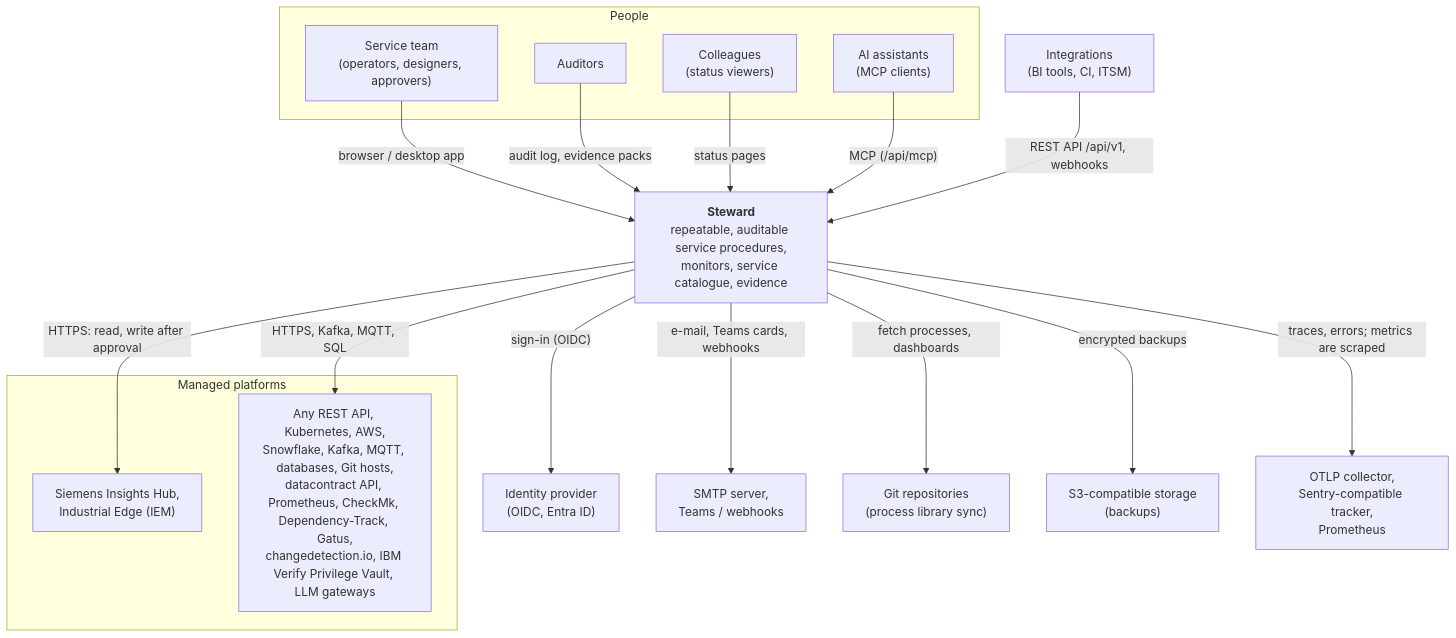
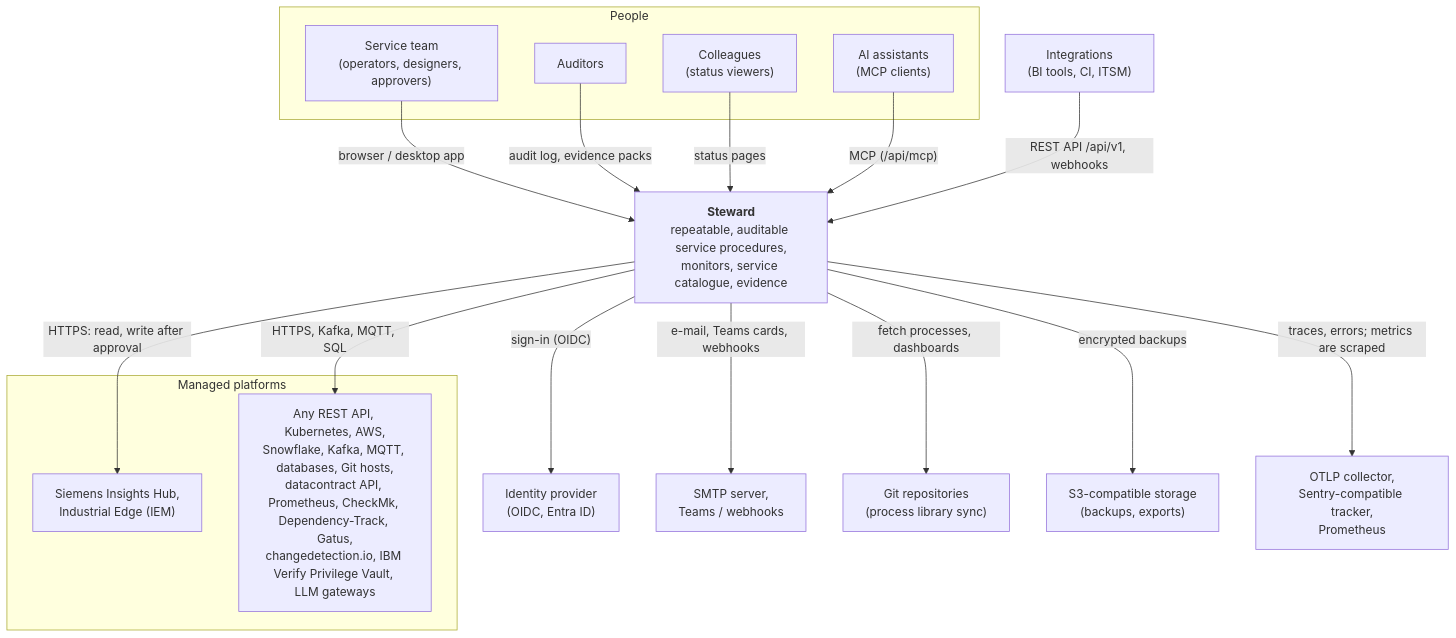
The first of 3 diagrams in docs/ARCHITECTURE.md (vxrz/Steward), drawn with Mermaid before and after one commit. The commit also changed other lines of this file and 2 other files, not shown here.

Commit message:
docs: point settings, architecture and getting started to the exports

````diff
--- a/docs/ARCHITECTURE.md
+++ b/docs/ARCHITECTURE.md
@@ -9,36 +9,36 @@
 ```mermaid
 flowchart TB
   subgraph people [People]
     ops["Service team<br/>(operators, designers, approvers)"]
     aud["Auditors"]
     viewers["Colleagues<br/>(status viewers)"]
     ai["AI assistants<br/>(MCP clients)"]
   end
 
   steward["<b>Steward</b><br/>repeatable, auditable service procedures,<br/>monitors, service catalogue, evidence"]
 
   subgraph platforms [Managed platforms]
     ih["Siemens Insights Hub,<br/>Industrial Edge (IEM)"]
     rest["Any REST API, Kubernetes, AWS,<br/>Snowflake, Kafka, MQTT, databases, Git hosts,<br/>datacontract API, Prometheus, CheckMk, Dependency-Track, Gatus,<br/>changedetection.io, IBM Verify Privilege Vault, LLM gateways"]
   end
 
   idp["Identity provider<br/>(OIDC, Entra ID)"]
   mail["SMTP server,<br/>Teams / webhooks"]
   git["Git repositories<br/>(process library sync)"]
-  s3["S3-compatible storage<br/>(backups)"]
+  s3["S3-compatible storage<br/>(backups, exports)"]
   obs["OTLP collector,<br/>Sentry-compatible tracker,<br/>Prometheus"]
   int["Integrations<br/>(BI tools, CI, ITSM)"]
 
   ops -->|"browser / desktop app"| steward
   aud -->|"audit log, evidence packs"| steward
   viewers -->|"status pages"| steward
   ai -->|"MCP (/api/mcp)"| steward
   int -->|"REST API /api/v1, webhooks"| steward
   steward -->|"HTTPS: read, write after approval"| ih
   steward -->|"HTTPS, Kafka, MQTT, SQL"| rest
   steward -->|"sign-in (OIDC)"| idp
   steward -->|"e-mail, Teams cards, webhooks"| mail
   steward -->|"fetch processes, dashboards"| git
   steward -->|"encrypted backups"| s3
   steward -->|"traces, errors; metrics are scraped"| obs
 ```
````
